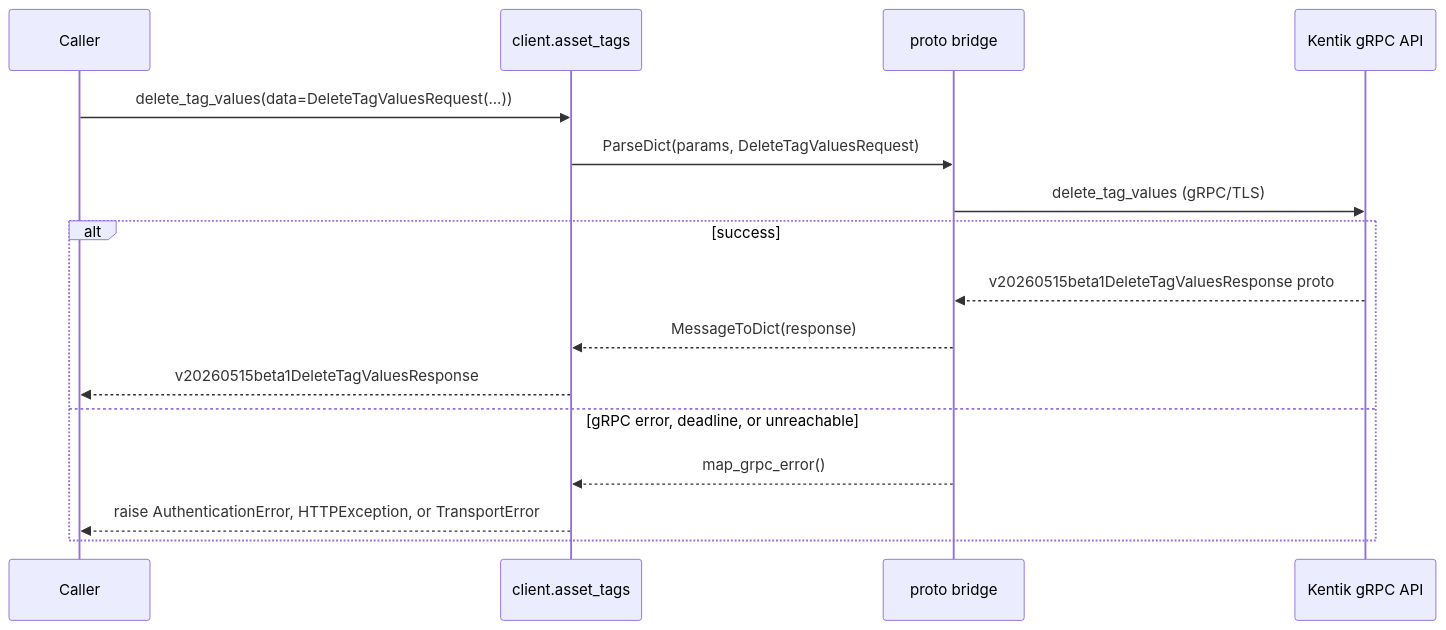
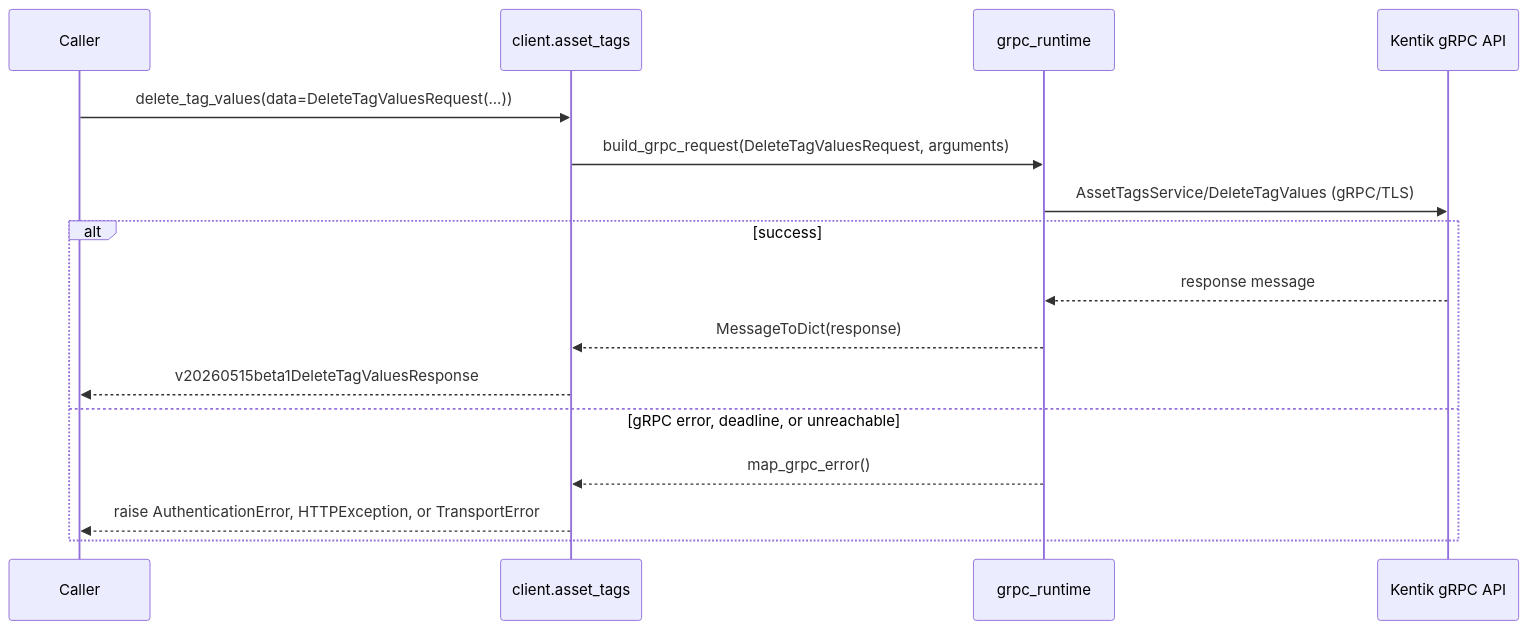
Before and after one commit to alexdearaujo/community_sdk_python: diagram 19 of 20 in docs/sphinx/services/asset_tags.md, drawn with Mermaid. The commit also changed other lines of this file and 37 other files, not shown here.

First line of the commit message:
docs: show the real RPC in each service page's gRPC diagram

````diff
--- a/docs/sphinx/services/asset_tags.md
+++ b/docs/sphinx/services/asset_tags.md
@@ -665,19 +665,19 @@
 ```mermaid
 sequenceDiagram
     participant C as Caller
     participant W as client.asset_tags
-    participant B as proto bridge
+    participant R as grpc_runtime
     participant API as Kentik gRPC API
 
     C->>W: delete_tag_values(data=DeleteTagValuesRequest(...))
-    W->>B: ParseDict(params, DeleteTagValuesRequest)
-    B->>API: delete_tag_values (gRPC/TLS)
+    W->>R: build_grpc_request(DeleteTagValuesRequest, arguments)
+    R->>API: AssetTagsService/DeleteTagValues (gRPC/TLS)
     alt success
-        API-->>B: v20260515beta1DeleteTagValuesResponse proto
-        B-->>W: MessageToDict(response)
+        API-->>R: response message
+        R-->>W: MessageToDict(response)
         W-->>C: v20260515beta1DeleteTagValuesResponse
     else gRPC error, deadline, or unreachable
-        B-->>W: map_grpc_error()
+        R-->>W: map_grpc_error()
         W-->>C: raise AuthenticationError, HTTPException, or TransportError
     end
 ```
````
